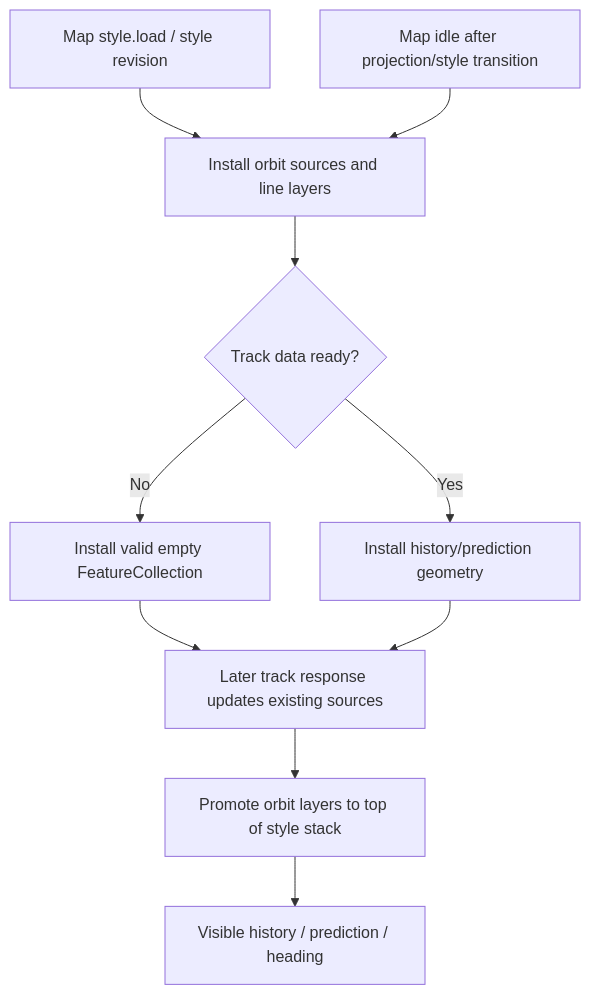
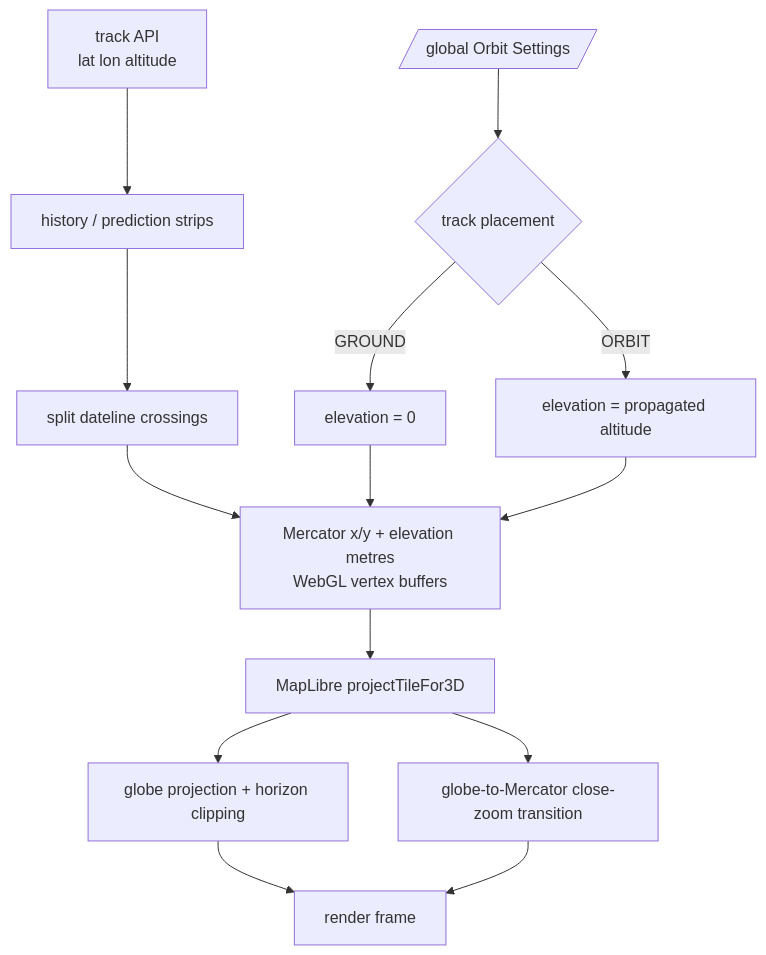
The fourth of 6 diagrams in docs/architecture.md (ExoSpaceLabs/world-sat-monitor), drawn with Mermaid before and after one commit. The commit also changed other lines of this file, not shown here.

Commit message:
docs(world-sat-monitor): document globe-space orbit rendering

````diff
--- a/docs/architecture.md
+++ b/docs/architecture.md
@@ -78,12 +78,16 @@
 ```mermaid
 flowchart TD
-    MS[Map style.load / style revision] --> I[Install orbit sources and line layers]
-    I --> E{Track data ready?}
-    E -->|No| FC[Install valid empty FeatureCollection]
-    E -->|Yes| D[Install history/prediction geometry]
-    FC --> U[Later track response updates existing sources]
-    D --> U
-    U --> P[Promote orbit layers to top of style stack]
-    P --> R[Visible history / prediction / heading]
-    IDLE[Map idle after projection/style transition] --> I
+    API[track API<br/>lat lon altitude] --> SEG[history / prediction strips]
+    SEG --> WRAP[split dateline crossings]
+    WRAP --> BUF[Mercator x/y + elevation metres<br/>WebGL vertex buffers]
+    CFG[/global Orbit Settings/] --> MODE{track placement}
+    MODE -->|GROUND| ZERO[elevation = 0]
+    MODE -->|ORBIT| ALT[elevation = propagated altitude]
+    ZERO --> BUF
+    ALT --> BUF
+    BUF --> ML[MapLibre projectTileFor3D]
+    ML --> GLOBE[globe projection + horizon clipping]
+    ML --> CLOSE[globe-to-Mercator close-zoom transition]
+    GLOBE --> FRAME[render frame]
+    CLOSE --> FRAME
 ```
````
